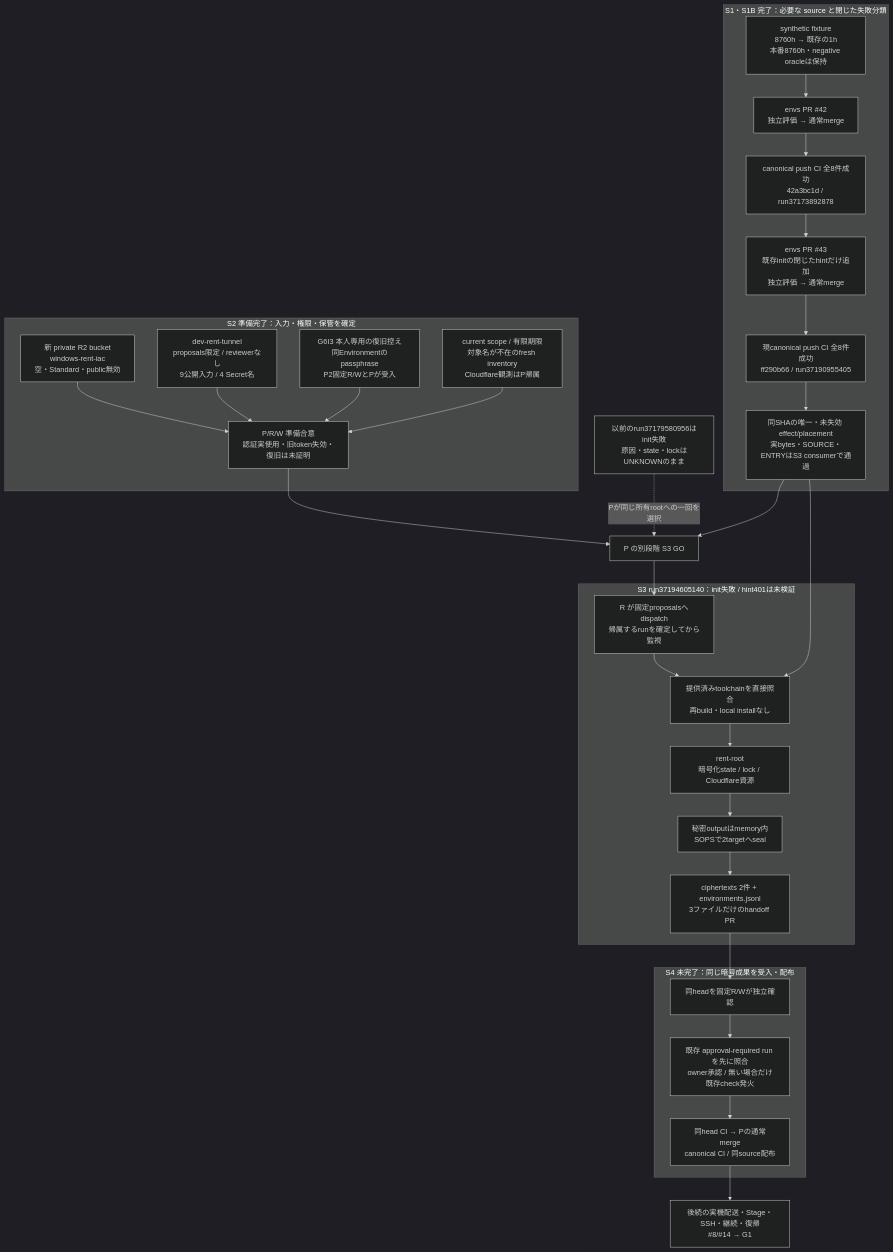
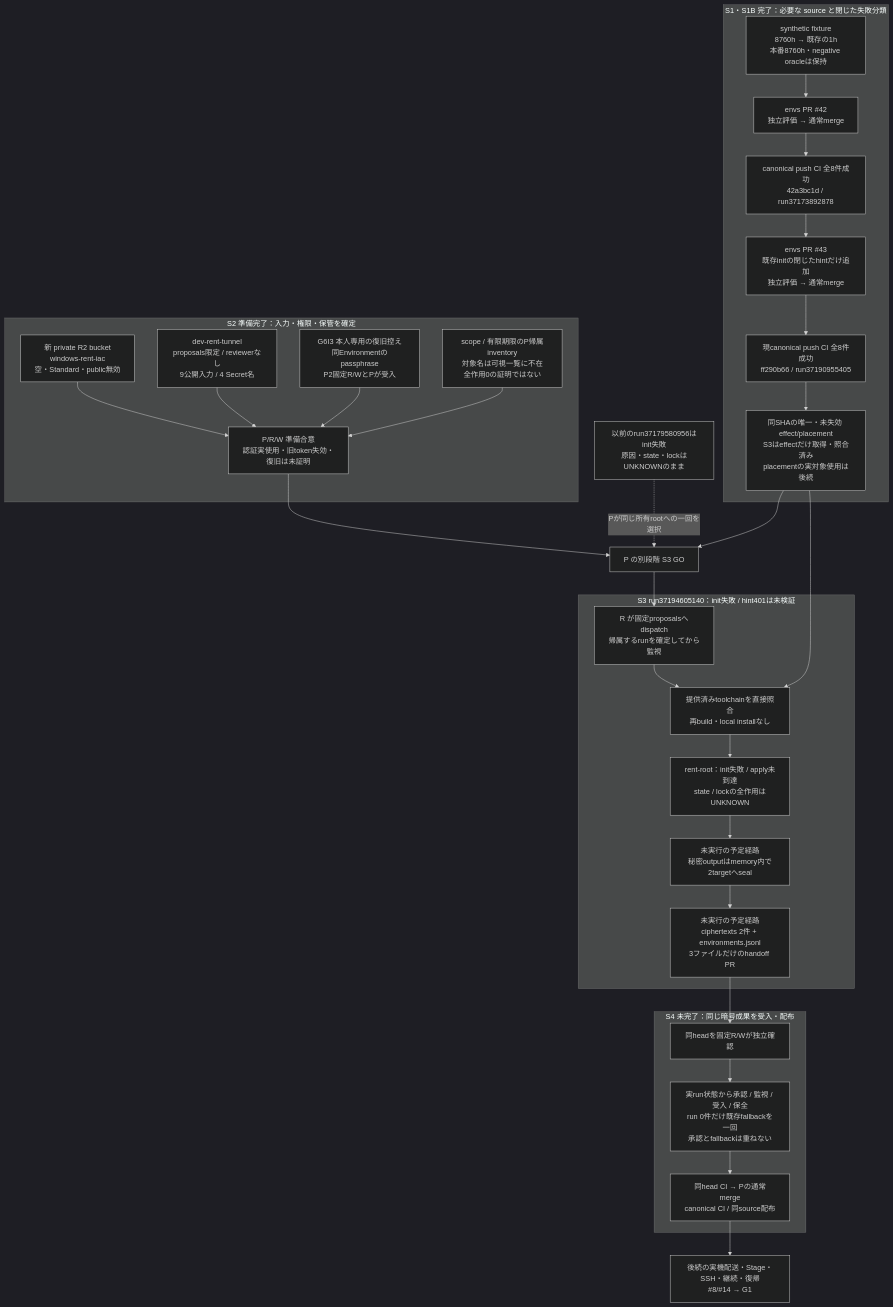
Before and after one commit to roccho-dev/windows: the third of 5 diagrams in docs/rent-cloudflare-flow.md, drawn with Mermaid (dark theme). The commit also changed other lines of this file, not shown here.

Commit message:
docs: narrow artifact evidence and mark unexecuted S3 paths

````diff
--- a/docs/rent-cloudflare-flow.md
+++ b/docs/rent-cloudflare-flow.md
@@ -157,46 +157,46 @@
 ```mermaid
 flowchart TB
   subgraph s1["S1・S1B 完了：必要な source と閉じた失敗分類"]
     fixture["synthetic fixture<br/>8760h → 既存の1h<br/>本番8760h・negative oracleは保持"]
     pr42["envs PR #42<br/>独立評価 → 通常merge"]
     ci42["canonical push CI 全8件成功<br/>42a3bc1d / run37173892878"]
     pr43["envs PR #43<br/>既存initの閉じたhintだけ追加<br/>独立評価 → 通常merge"]
     ci43["現canonical push CI 全8件成功<br/>ff290b66 / run37190955405"]
-    artifact["同SHAの唯一・未失効 effect/placement<br/>実bytes・SOURCE・ENTRYはS3 consumerで通過"]
+    artifact["同SHAの唯一・未失効 effect/placement<br/>S3はeffectだけ取得・照合済み<br/>placementの実対象使用は後続"]
     fixture --> pr42 --> ci42 --> pr43 --> ci43 --> artifact
   end
   subgraph s2["S2 準備完了：入力・権限・保管を確定"]
     bucket["新 private R2 bucket<br/>windows-rent-iac<br/>空・Standard・public無効"]
     environment["dev-rent-tunnel<br/>proposals限定 / reviewerなし<br/>9公開入力 / 4 Secret名"]
     custody["G6I3 本人専用の復旧控え<br/>同Environmentのpassphrase<br/>P2固定R/WとPが受入"]
-    inventory["current scope / 有限期限<br/>対象名が不在のfresh inventory<br/>Cloudflare観測はP帰属"]
+    inventory["scope / 有限期限のP帰属inventory<br/>対象名は可視一覧に不在<br/>全作用0の証明ではない"]
     s2ready["P/R/W 準備合意<br/>認証実使用・旧token失効・復旧は未証明"]
     bucket --> s2ready
     environment --> s2ready
     custody --> s2ready
     inventory --> s2ready
   end
   go["P の別段階 S3 GO"]
   previous["以前のrun37179580956はinit失敗<br/>原因・state・lockはUNKNOWNのまま"]
   subgraph s3["S3 run37194605140：init失敗 / hint401は未検証"]
     dispatch["R が固定proposalsへdispatch<br/>帰属するrunを確定してから監視"]
     consume["提供済みtoolchainを直接照合<br/>再build・local installなし"]
-    apply["rent-root<br/>暗号化state / lock / Cloudflare資源"]
-    envelopes["秘密outputはmemory内<br/>SOPSで2targetへseal"]
-    handoff["ciphertexts 2件 + environments.jsonl<br/>3ファイルだけのhandoff PR"]
+    apply["rent-root：init失敗 / apply未到達<br/>state / lockの全作用はUNKNOWN"]
+    envelopes["未実行の予定経路<br/>秘密outputはmemory内で2targetへseal"]
+    handoff["未実行の予定経路<br/>ciphertexts 2件 + environments.jsonl<br/>3ファイルだけのhandoff PR"]
     dispatch --> consume --> apply --> envelopes --> handoff
   end
   subgraph s4["S4 未完了：同じ暗号成果を受入・配布"]
     rw["同headを固定R/Wが独立確認"]
-    approval["既存 approval-required run を先に照合<br/>owner承認 / 無い場合だけ既存check発火"]
+    approval["実run状態から承認 / 監視 / 受入 / 保全<br/>run 0件だけ既存fallbackを一回<br/>承認とfallbackは重ねない"]
     merge["同head CI → Pの通常merge<br/>canonical CI / 同source配布"]
     rw --> approval --> merge
   end
   artifact --> go
   s2ready --> go
   previous -. "Pが同じ所有rootへの一回を選択" .-> go
   go --> dispatch
   artifact --> consume
   handoff --> rw
   merge --> later["後続の実機配送・Stage・SSH・継続・復帰<br/>#8/#14 → G1"]
 ```
````
